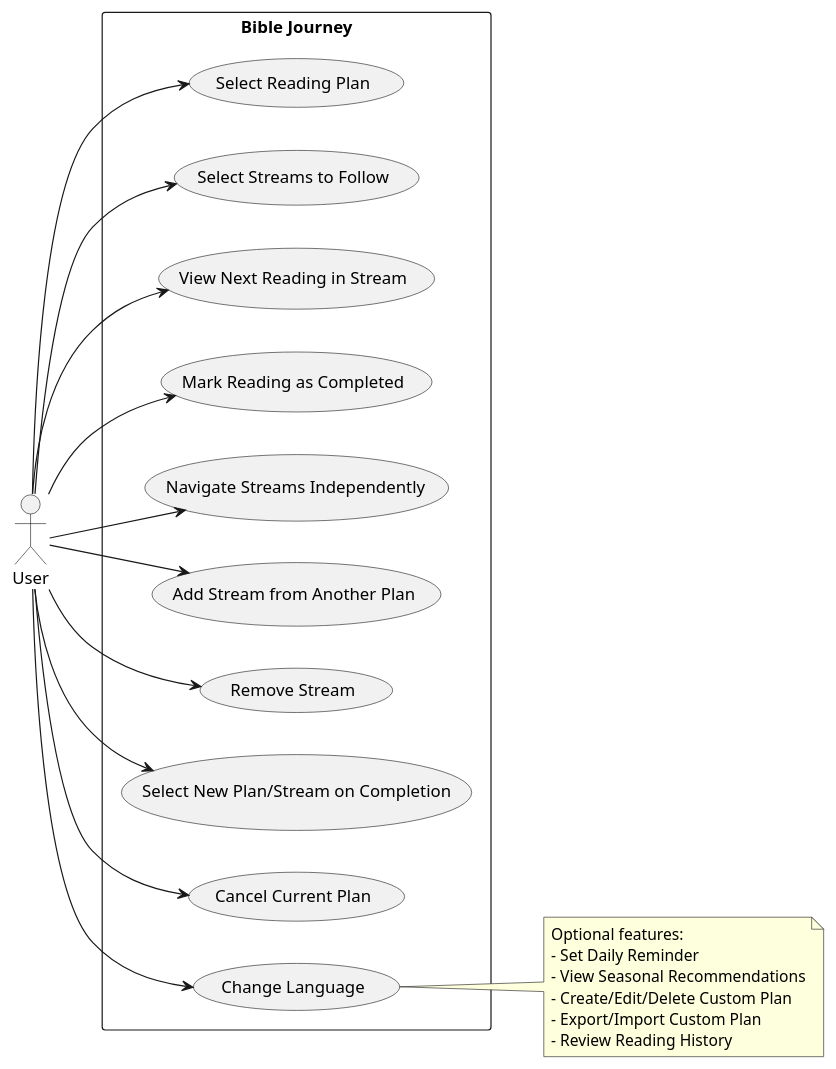
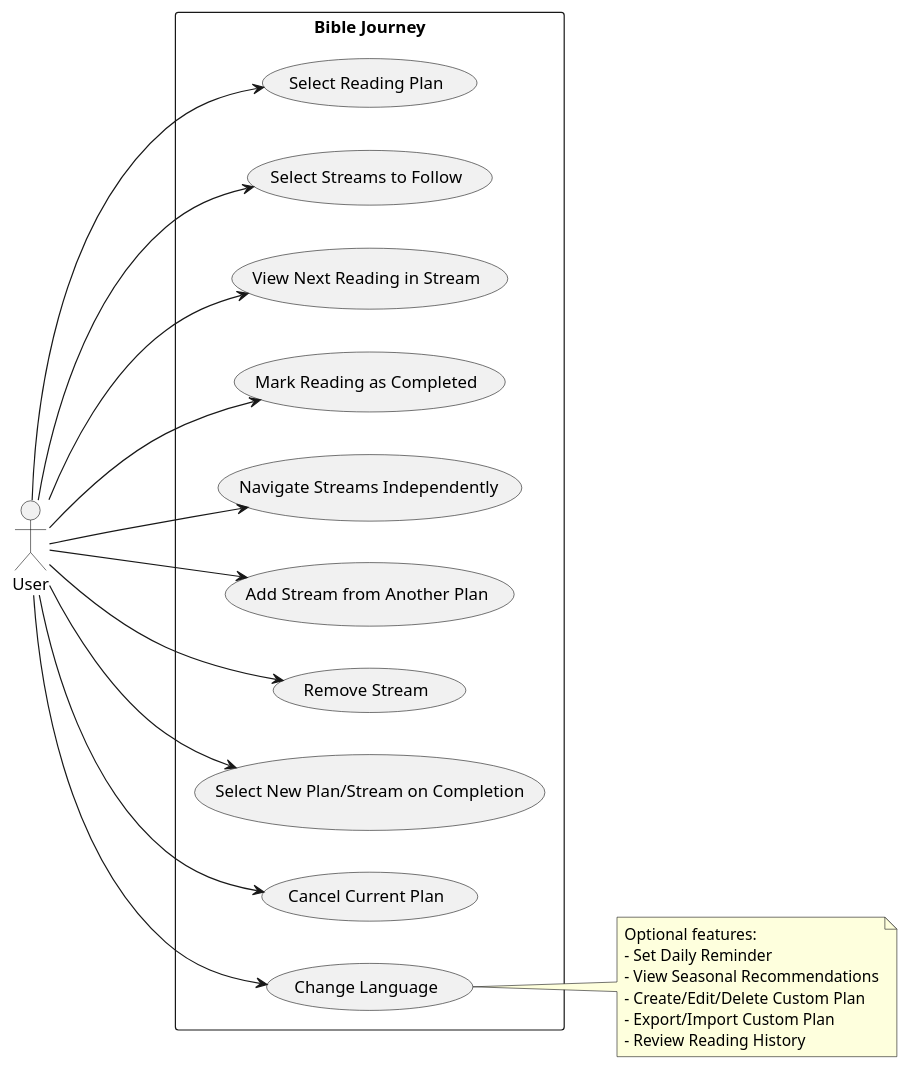
Before and after one commit to PilgrimsJourney/BibleJourney: the diagram in design/plantuml/use_case.puml, drawn with PlantUML. The commit also changed 1 other file, not shown here.

```diff
--- a/design/plantuml/use_case.puml
+++ b/design/plantuml/use_case.puml
@@ -1,29 +1,29 @@
 @startuml
 
 left to right direction
 
 actor User
 
 rectangle "Bible Journey" {
 	User --> (Select Reading Plan)
 	User --> (Select Streams to Follow)
 	User --> (View Next Reading in Stream)
 	User --> (Mark Reading as Completed)
 	User --> (Navigate Streams Independently)
-	User --> (Add Stream from Another Plan)
-	User --> (Remove Stream)
-	User --> (Select New Plan/Stream on Completion)
-	User --> (Cancel Current Plan)
-	User --> (Change Language)
+	User ---> (Add Stream from Another Plan)
+	User ---> (Remove Stream)
+	User ---> (Select New Plan/Stream on Completion)
+	User ---> (Cancel Current Plan)
+	User ---> (Change Language)
 }
 
 note right
   Optional features:
   - Set Daily Reminder
   - View Seasonal Recommendations
   - Create/Edit/Delete Custom Plan
   - Export/Import Custom Plan
   - Review Reading History
 end note
 
 @enduml
```
